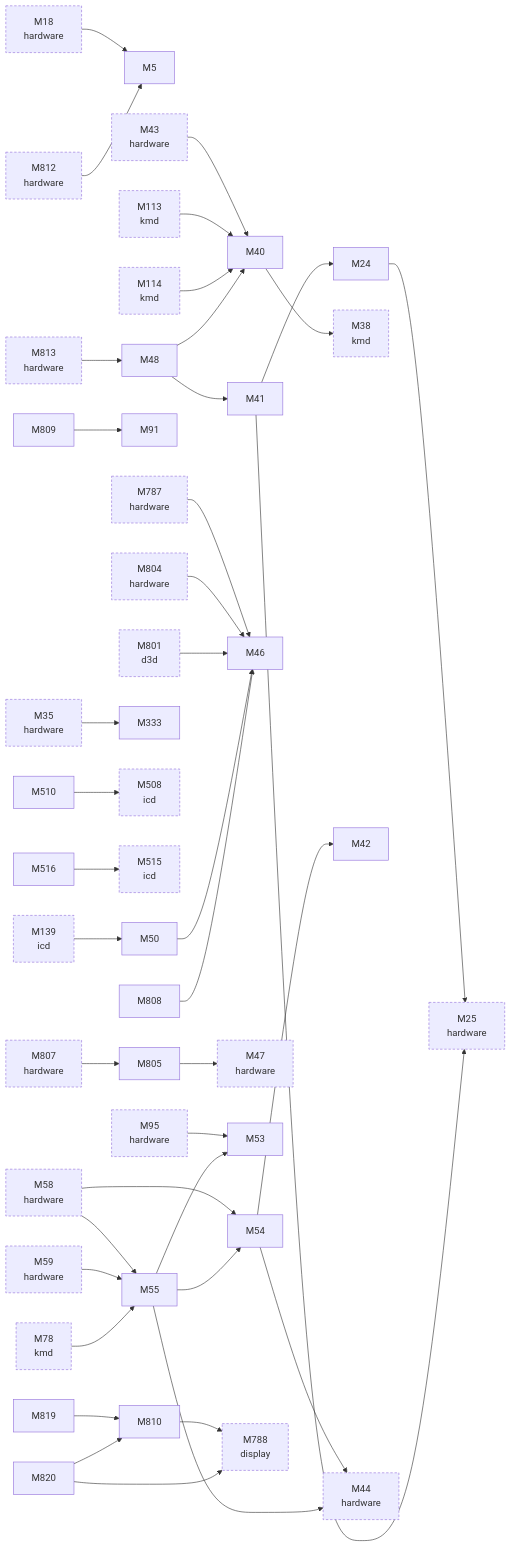
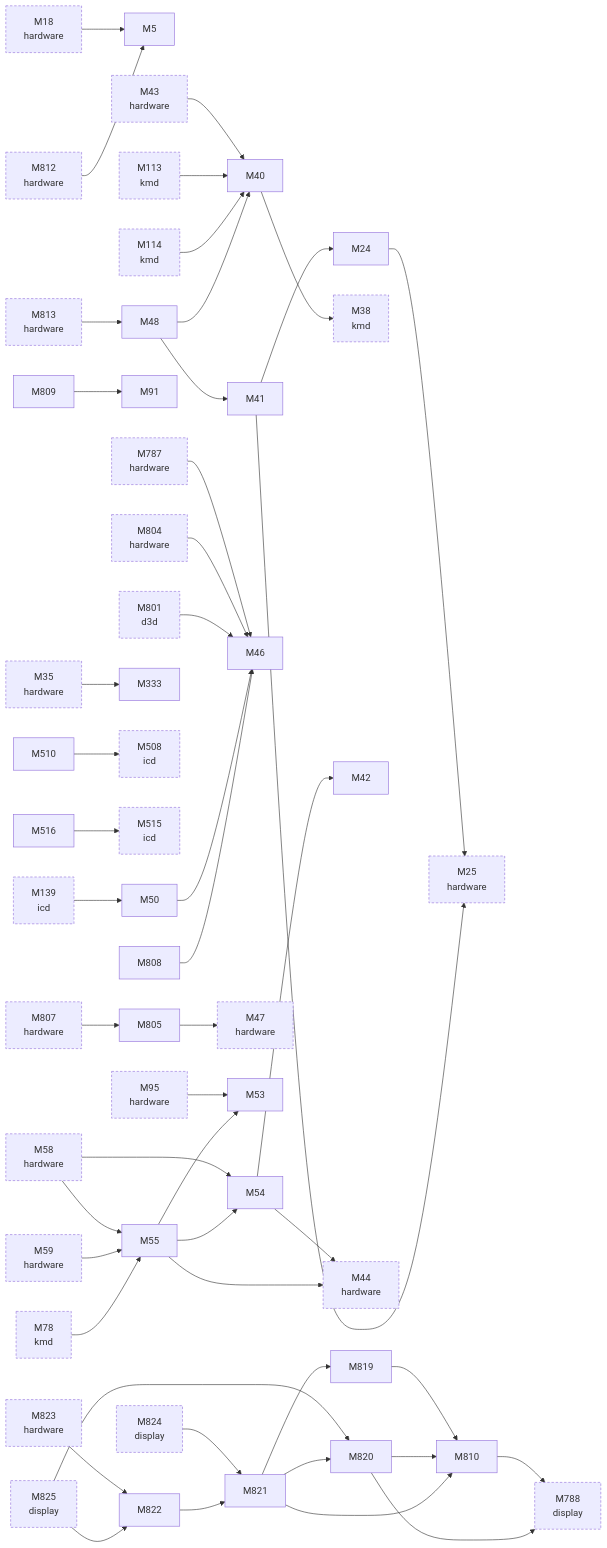
Before and after one commit to D-Ogi/amdgpu-wddm: the second of 2 diagrams in docs/facts/graphs/linux.md, drawn with Mermaid. The commit also changed other lines of this file and 83 other files, not shown here.

````diff
--- a/docs/facts/graphs/linux.md
+++ b/docs/facts/graphs/linux.md
@@ -85,6 +88,11 @@
   M813["M813<br/>hardware"]
   M819["M819"]
   M820["M820"]
+  M821["M821"]
+  M822["M822"]
+  M823["M823<br/>hardware"]
+  M824["M824<br/>display"]
+  M825["M825<br/>display"]
   M18 --> M5
   M35 --> M333
   M43 --> M40
@@ -97,9 +105,13 @@
   M807 --> M805
   M812 --> M5
   M813 --> M48
+  M823 --> M822
   M78 --> M55
   M113 --> M40
   M114 --> M40
+  M824 --> M821
+  M825 --> M820
+  M825 --> M822
   M139 --> M50
   M801 --> M46
   M24 --> M25
@@ -123,6 +135,10 @@
   M819 --> M810
   M820 --> M788
   M820 --> M810
+  M821 --> M810
+  M821 --> M819
+  M821 --> M820
+  M822 --> M821
   classDef other stroke-dasharray:4 3
-  class M18,M25,M35,M38,M43,M44,M47,M58,M59,M78,M95,M113,M114,M139,M508,M515,M787,M788,M801,M804,M807,M812,M813 other
+  class M18,M25,M35,M38,M43,M44,M47,M58,M59,M78,M95,M113,M114,M139,M508,M515,M787,M788,M801,M804,M807,M812,M813,M823,M824,M825 other
 ```
````
